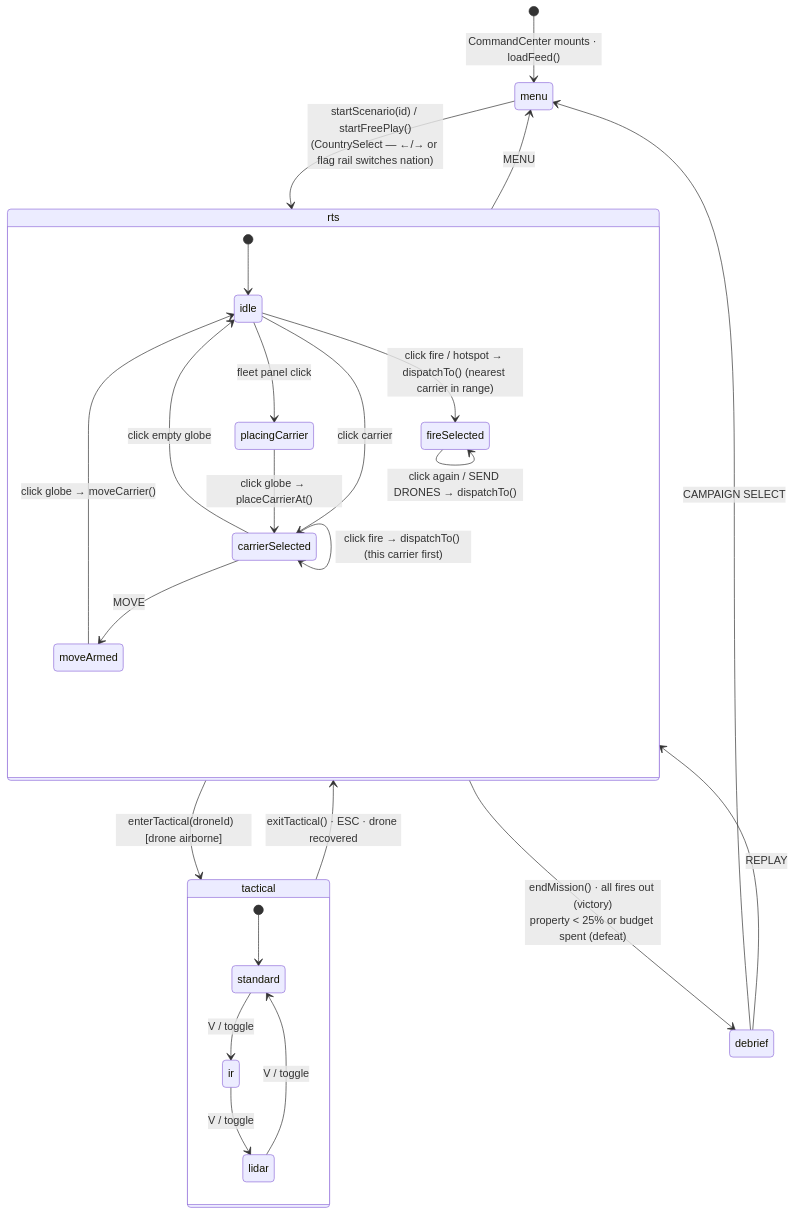
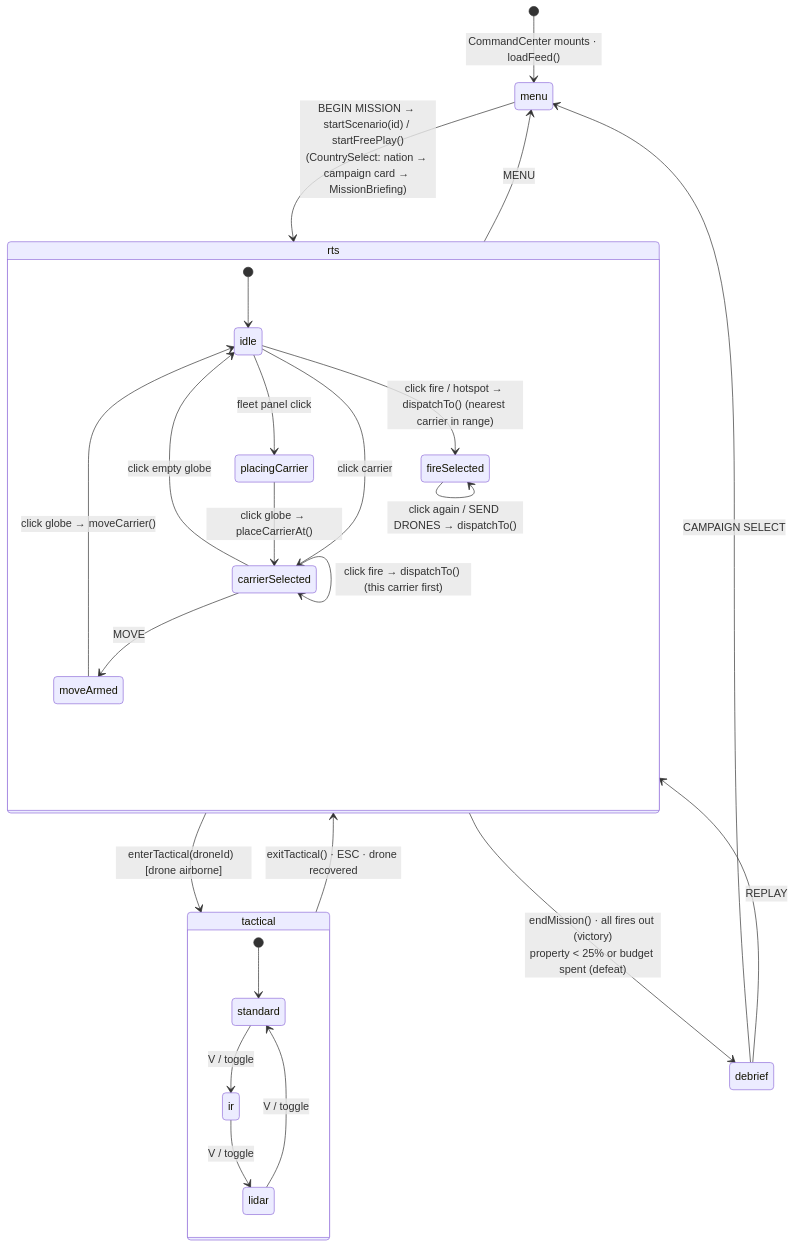
The third of 7 diagrams in README.md (jayrosen-design/Global-Firefight-Drone-Command), drawn with Mermaid before and after one commit. The commit also changed other lines of this file and 15 other files, not shown here.

First line of the commit message:
Add campaign briefings and a clearer nation → campaign → briefing flow

````diff
--- a/README.md
+++ b/README.md
@@ -440,31 +456,31 @@
 ```mermaid
 stateDiagram-v2
   [*] --> menu : CommandCenter mounts · loadFeed()
-  menu --> rts : startScenario(id) / startFreePlay()<br/>(CountrySelect — ←/→ or flag rail switches nation)
+  menu --> rts : BEGIN MISSION → startScenario(id) / startFreePlay()<br/>(CountrySelect: nation → campaign card → MissionBriefing)
   rts --> tactical : enterTactical(droneId)  [drone airborne]
   tactical --> rts : exitTactical() · ESC · drone recovered
   rts --> debrief : endMission() · all fires out (victory)<br/>property < 25% or budget spent (defeat)
   debrief --> rts : REPLAY
   debrief --> menu : CAMPAIGN SELECT
   rts --> menu : MENU
 
   state rts {
     [*] --> idle
     idle --> carrierSelected : click carrier
     carrierSelected --> idle : click empty globe
     carrierSelected --> moveArmed : MOVE
     moveArmed --> idle : click globe → moveCarrier()
     carrierSelected --> carrierSelected : click fire → dispatchTo() (this carrier first)
     idle --> fireSelected : click fire / hotspot → dispatchTo() (nearest carrier in range)
     fireSelected --> fireSelected : click again / SEND DRONES → dispatchTo()
     idle --> placingCarrier : fleet panel click
     placingCarrier --> carrierSelected : click globe → placeCarrierAt()
   }
 
   state tactical {
     [*] --> standard
     standard --> ir : V / toggle
     ir --> lidar : V / toggle
     lidar --> standard : V / toggle
   }
 ```
````
